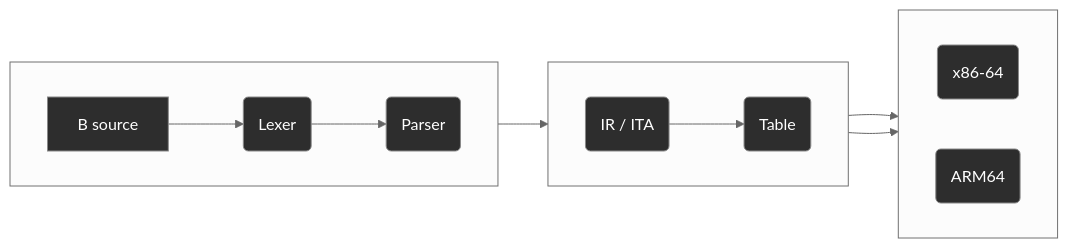
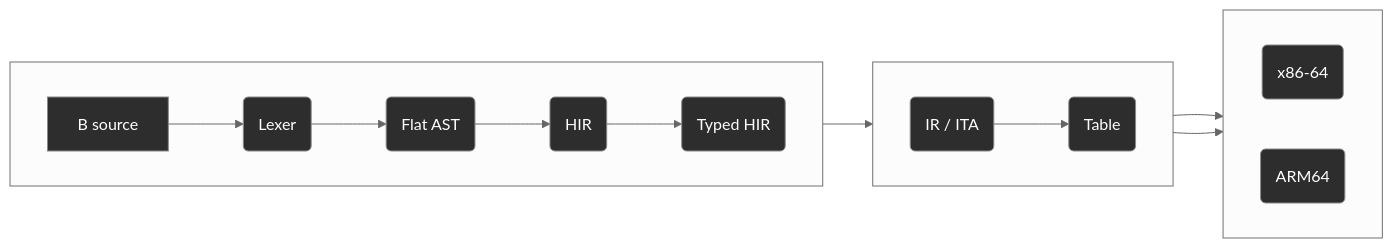
The diagram in README.md (jahan-addison/credence), drawn with Mermaid (neutral theme) before and after one commit. The commit also changed other lines of this file and 212 other files, not shown here.

Commit message:
feat(frontend): formal flat AST and HIR lowering type checking, replacing previous language/ code

````diff
--- a/README.md
+++ b/README.md
@@ -24,29 +24,33 @@
 ```mermaid
 flowchart LR
     subgraph Frontend [" "]
         direction LR
         A[B source] --> B(Lexer)
-        B --> C(Parser)
+        B --> C(Flat AST)
+        C --> H(HIR)
+        H --> I(Typed HIR)
     end
     subgraph Middle [" "]
         direction LR
         D(IR / ITA)
         E(Table)
     end
     subgraph Backend [" "]
         direction LR
         F(x86-64)
         G(ARM64)
     end
-    C --> D --> E
+    I --> D --> E
     E --> F
     E --> G
 
     style A fill:#2d2d2d,stroke:#888,color:#fff
     style B fill:#2d2d2d,stroke:#888,color:#fff
     style C fill:#2d2d2d,stroke:#888,color:#fff
+    style H fill:#2d2d2d,stroke:#888,color:#fff
+    style I fill:#2d2d2d,stroke:#888,color:#fff
     style D fill:#2d2d2d,stroke:#888,color:#fff
     style E fill:#2d2d2d,stroke:#888,color:#fff
     style F fill:#2d2d2d,stroke:#888,color:#fff
     style G fill:#2d2d2d,stroke:#888,color:#fff
 ```
````
